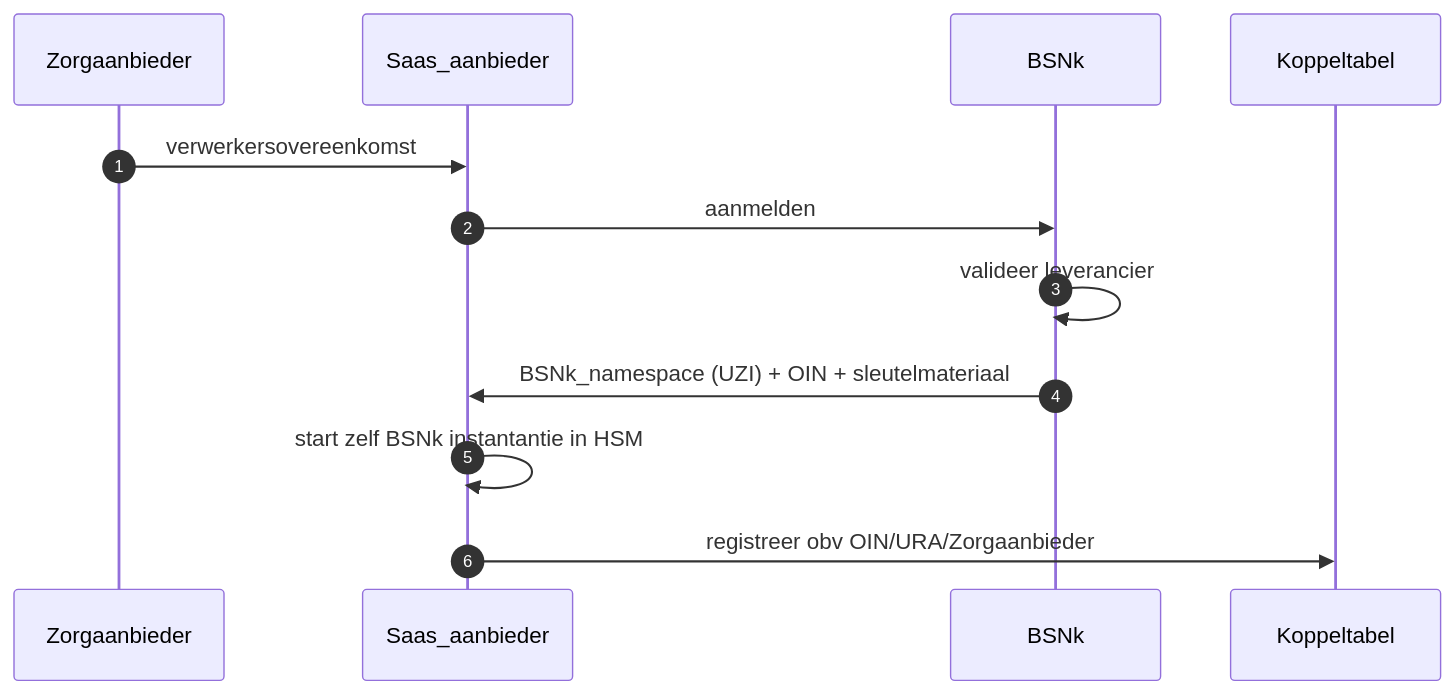
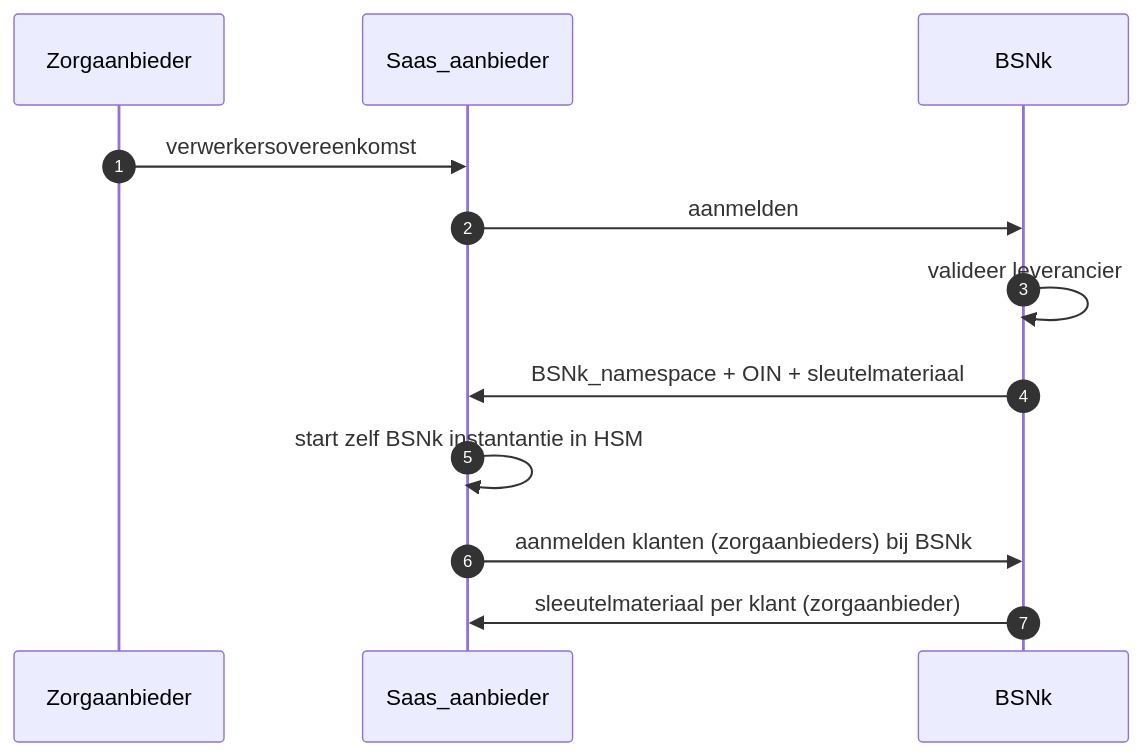
The first of 6 diagrams in architectuur/sequentie-diagrammen.md (minvws/generiekefuncties-lokalisatie), drawn with Mermaid before and after one commit. The commit also changed other lines of this file, not shown here.

````diff
--- a/architectuur/sequentie-diagrammen.md
+++ b/architectuur/sequentie-diagrammen.md
@@ -3,10 +4,11 @@
 ```mermaid
 sequenceDiagram
 autonumber
 Zorgaanbieder ->> Saas_aanbieder: verwerkersovereenkomst
 Saas_aanbieder ->> BSNk: aanmelden
 BSNk ->> BSNk: valideer leverancier
-BSNk ->> Saas_aanbieder: BSNk_namespace (UZI) + OIN + sleutelmateriaal
+BSNk ->> Saas_aanbieder: BSNk_namespace + OIN + sleutelmateriaal
 Saas_aanbieder ->> Saas_aanbieder: start zelf BSNk instantantie in HSM
-Saas_aanbieder ->> Koppeltabel: registreer obv OIN/URA/Zorgaanbieder
+Saas_aanbieder ->> BSNk: aanmelden klanten (zorgaanbieders) bij BSNk
+BSNk ->> Saas_aanbieder: sleeutelmateriaal per klant (zorgaanbieder)
 ```
````
